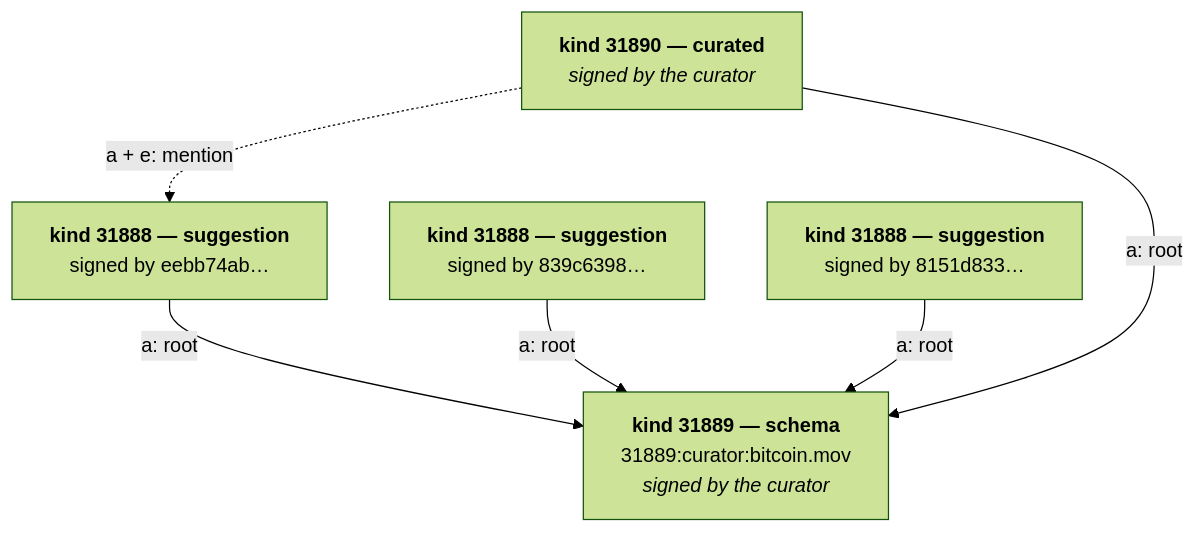
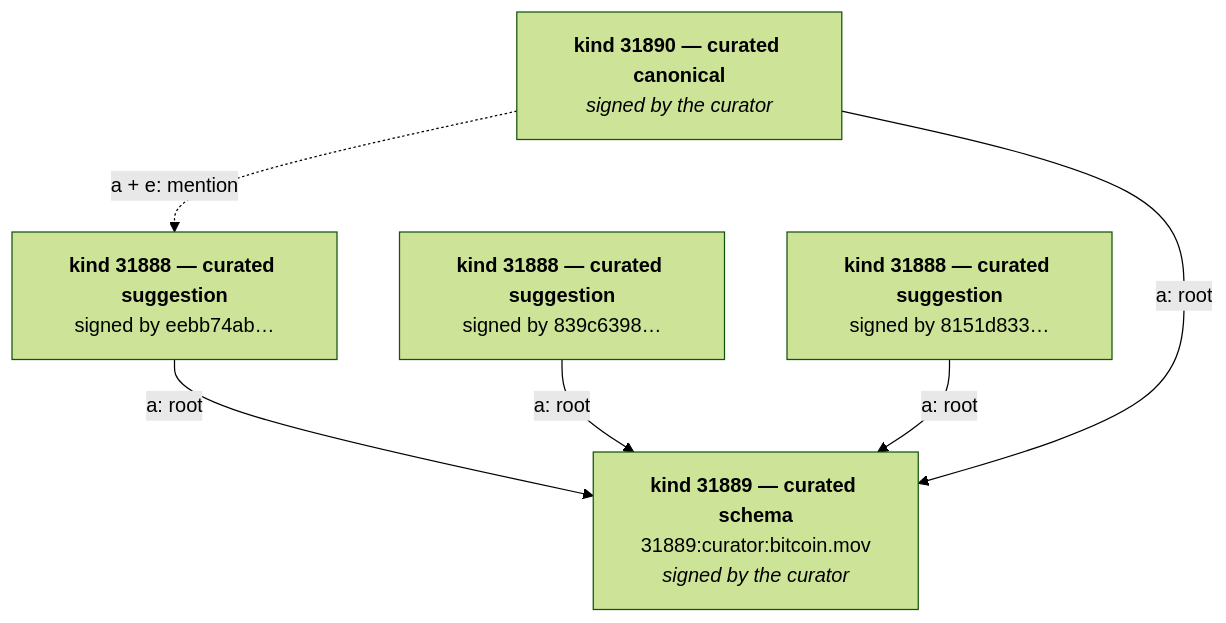
Before and after one commit to curare-to/bitcoin.mov: the diagram in docs/README.md, drawn with Mermaid (forest theme). The commit also changed other lines of this file and 22 other files, not shown here.

````diff
--- a/docs/README.md
+++ b/docs/README.md
@@ -19,14 +23,14 @@
 ```mermaid
 graph TD
-    S["<b>kind 31889 — schema</b><br/>31889:curator:bitcoin.mov<br/><i>signed by the curator</i>"]
-    A["<b>kind 31888 — suggestion</b><br/>signed by eebb74ab…"]
-    B["<b>kind 31888 — suggestion</b><br/>signed by 839c6398…"]
-    C["<b>kind 31888 — suggestion</b><br/>signed by 8151d833…"]
-    K["<b>kind 31890 — curated</b><br/><i>signed by the curator</i>"]
+    S["<b>kind 31889 — curated schema</b><br/>31889:curator:bitcoin.mov<br/><i>signed by the curator</i>"]
+    A["<b>kind 31888 — curated suggestion</b><br/>signed by eebb74ab…"]
+    B["<b>kind 31888 — curated suggestion</b><br/>signed by 839c6398…"]
+    C["<b>kind 31888 — curated suggestion</b><br/>signed by 8151d833…"]
+    K["<b>kind 31890 — curated canonical</b><br/><i>signed by the curator</i>"]
 
     A -- "a: root" --> S
     B -- "a: root" --> S
     C -- "a: root" --> S
     K -- "a: root" --> S
     K -. "a + e: mention" .-> A
 ```
````
